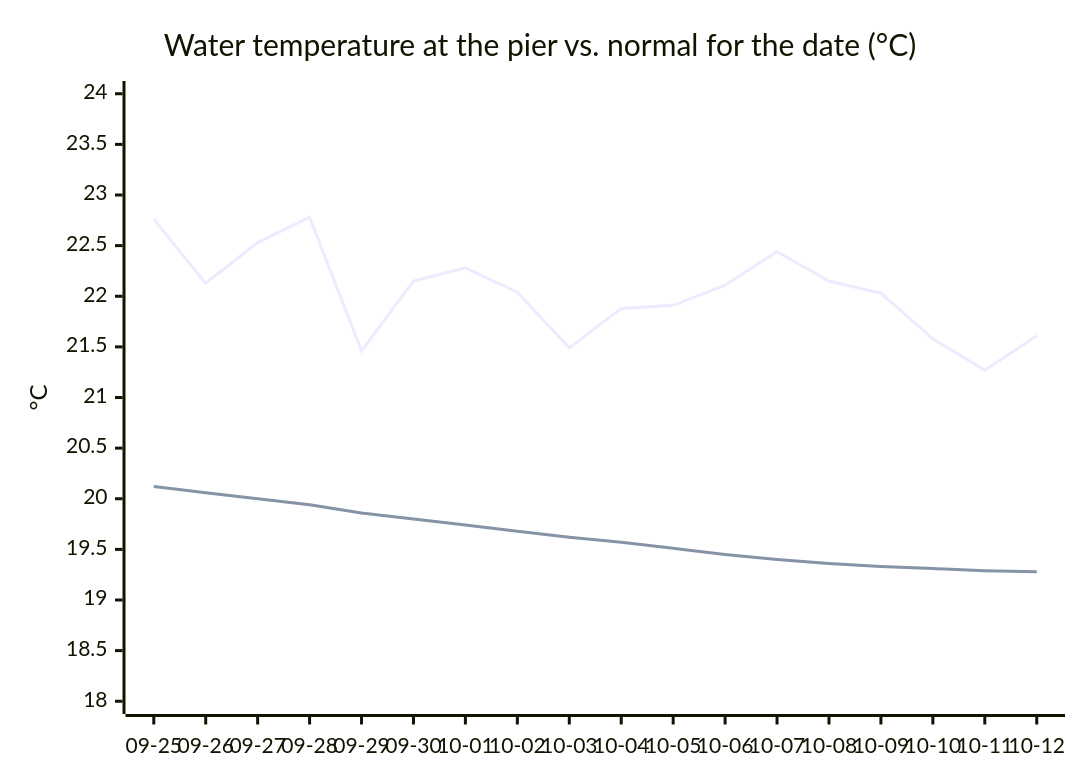
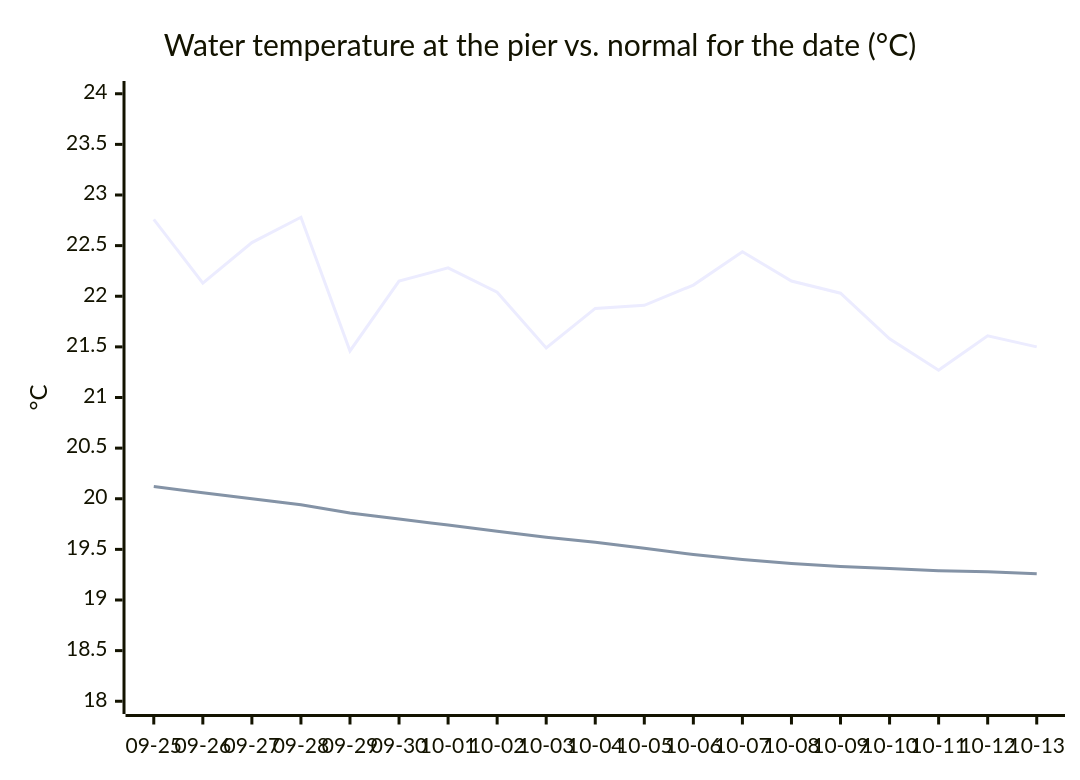
Before and after one commit to joshuafrommeyer-35/PierTracker: the third of 3 diagrams in README.md, drawn with Mermaid. The commit also changed other lines of this file and 5 other files, not shown here.

````diff
--- a/README.md
+++ b/README.md
@@ -160,8 +160,8 @@
 ```mermaid
 xychart-beta
     title "Water temperature at the pier vs. normal for the date (°C)"
-    x-axis ["09-25", "09-26", "09-27", "09-28", "09-29", "09-30", "10-01", "10-02", "10-03", "10-04", "10-05", "10-06", "10-07", "10-08", "10-09", "10-10", "10-11", "10-12"]
+    x-axis ["09-25", "09-26", "09-27", "09-28", "09-29", "09-30", "10-01", "10-02", "10-03", "10-04", "10-05", "10-06", "10-07", "10-08", "10-09", "10-10", "10-11", "10-12", "10-13"]
     y-axis "°C" 18 --> 24
-    line [22.76, 22.13, 22.53, 22.78, 21.46, 22.15, 22.28, 22.04, 21.49, 21.88, 21.91, 22.11, 22.44, 22.15, 22.03, 21.58, 21.27, 21.61]
-    line [20.12, 20.06, 20.0, 19.94, 19.86, 19.8, 19.74, 19.68, 19.62, 19.57, 19.51, 19.45, 19.4, 19.36, 19.33, 19.31, 19.29, 19.28]
+    line [22.76, 22.13, 22.53, 22.78, 21.46, 22.15, 22.28, 22.04, 21.49, 21.88, 21.91, 22.11, 22.44, 22.15, 22.03, 21.58, 21.27, 21.61, 21.5]
+    line [20.12, 20.06, 20.0, 19.94, 19.86, 19.8, 19.74, 19.68, 19.62, 19.57, 19.51, 19.45, 19.4, 19.36, 19.33, 19.31, 19.29, 19.28, 19.26]
 ```
````
